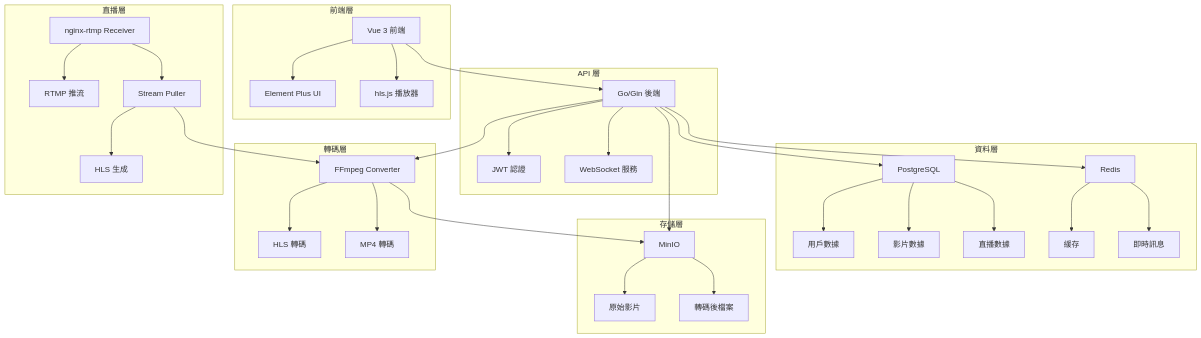
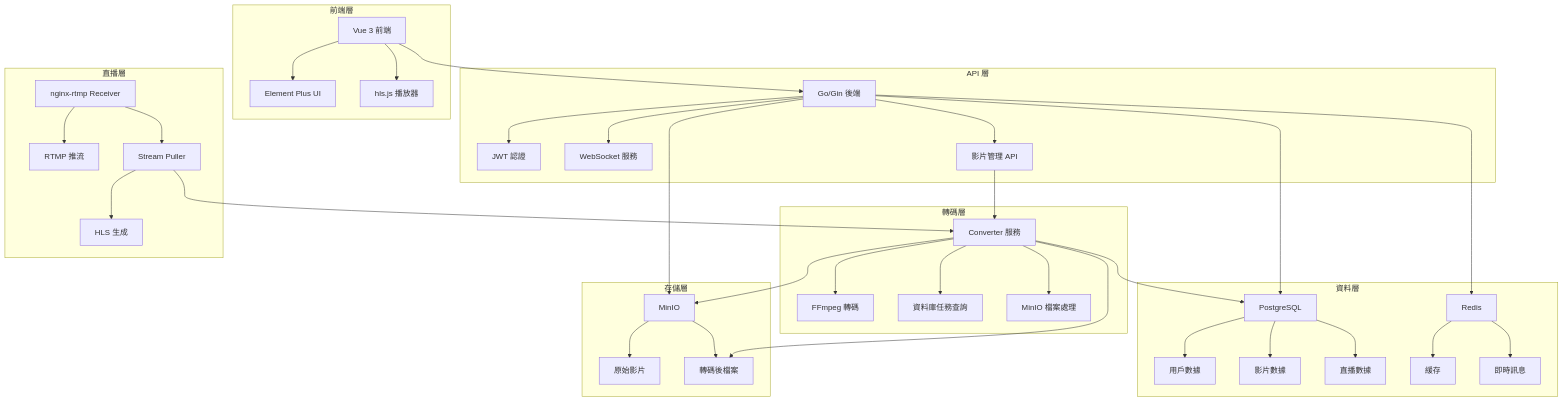
One commit to mike504110403/stream-demo changed the first of 4 diagrams in README.md. Above: the diagram before and after it, drawn with Mermaid. The commit also changed other lines of this file and 88 other files, not shown here.

````diff
--- a/README.md
+++ b/README.md
@@ -46,44 +47,48 @@
 ```mermaid
 graph TB
     subgraph "前端層"
         A[Vue 3 前端] --> B[Element Plus UI]
         A --> C[hls.js 播放器]
     end
     
     subgraph "API 層"
         D[Go/Gin 後端] --> E[JWT 認證]
         D --> F[WebSocket 服務]
+        D --> G[影片管理 API]
+    end
+    
+    subgraph "轉碼層"
+        H[Converter 服務] --> I[FFmpeg 轉碼]
+        H --> J[資料庫任務查詢]
+        H --> K[MinIO 檔案處理]
     end
     
     subgraph "資料層"
-        G[PostgreSQL] --> H[用戶數據]
-        G --> I[影片數據]
-        G --> J[直播數據]
-        K[Redis] --> L[緩存]
-        K --> M[即時訊息]
+        L[PostgreSQL] --> M[用戶數據]
+        L --> N[影片數據]
+        L --> O[直播數據]
+        P[Redis] --> Q[緩存]
+        P --> R[即時訊息]
     end
     
     subgraph "存儲層"
-        N[MinIO] --> O[原始影片]
-        N --> P[轉碼後檔案]
-    end
-    
-    subgraph "轉碼層"
-        Q[FFmpeg Converter] --> R[HLS 轉碼]
-        Q --> S[MP4 轉碼]
+        S[MinIO] --> T[原始影片]
+        S --> U[轉碼後檔案]
     end
     
     subgraph "直播層"
-        T[nginx-rtmp Receiver] --> U[RTMP 推流]
-        V[Stream Puller] --> W[HLS 生成]
+        V[nginx-rtmp Receiver] --> W[RTMP 推流]
+        X[Stream Puller] --> Y[HLS 生成]
     end
     
     A --> D
-    D --> G
-    D --> K
-    D --> N
-    D --> Q
-    T --> V
-    V --> Q
-    Q --> N
+    D --> L
+    D --> P
+    D --> S
+    G --> H
+    H --> L
+    H --> S
+    V --> X
+    X --> H
+    H --> U
 ```
````
